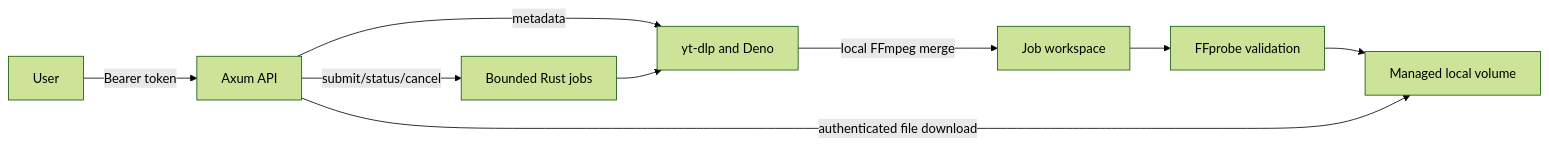
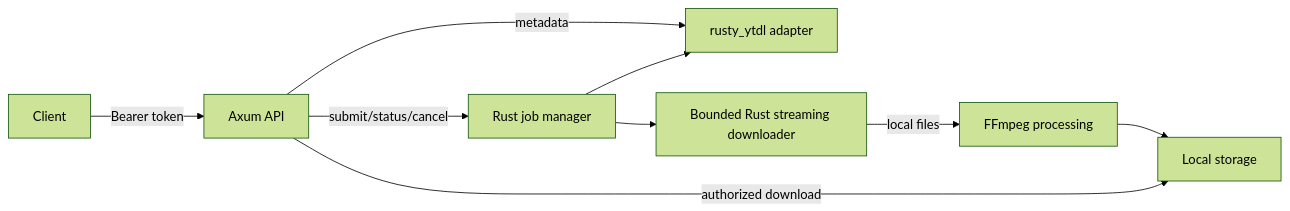
One commit to darkweb19/youtube-extractor-rs changed the diagram in docs/architecture.md. Above: the diagram before and after it, drawn with Mermaid (forest theme). The commit also changed other lines of this file and 6 other files, not shown here.

Commit message:
docs(ci): document native rusty_ytdl branch and enforce read-only Rust/container checks

````diff
--- a/docs/architecture.md
+++ b/docs/architecture.md
@@ -74,11 +75,11 @@
 ```mermaid
 flowchart LR
-  User -->|Bearer token| API[Axum API]
-  API -->|metadata| YTDLP[yt-dlp and Deno]
-  API -->|submit/status/cancel| Jobs[Bounded Rust jobs]
-  Jobs --> YTDLP
-  YTDLP -->|local FFmpeg merge| Files[Job workspace]
-  Files --> Probe[FFprobe validation]
-  Probe --> Storage[Managed local volume]
-  API -->|authenticated file download| Storage
+  Client -->|Bearer token| API[Axum API]
+  API -->|metadata| Extractor[rusty_ytdl adapter]
+  API -->|submit/status/cancel| Jobs[Rust job manager]
+  Jobs --> Extractor
+  Jobs --> Transfer[Bounded Rust streaming downloader]
+  Transfer -->|local files| FFMPEG[FFmpeg processing]
+  FFMPEG --> Storage[Local storage]
+  API -->|authorized download| Storage
 ```
````
